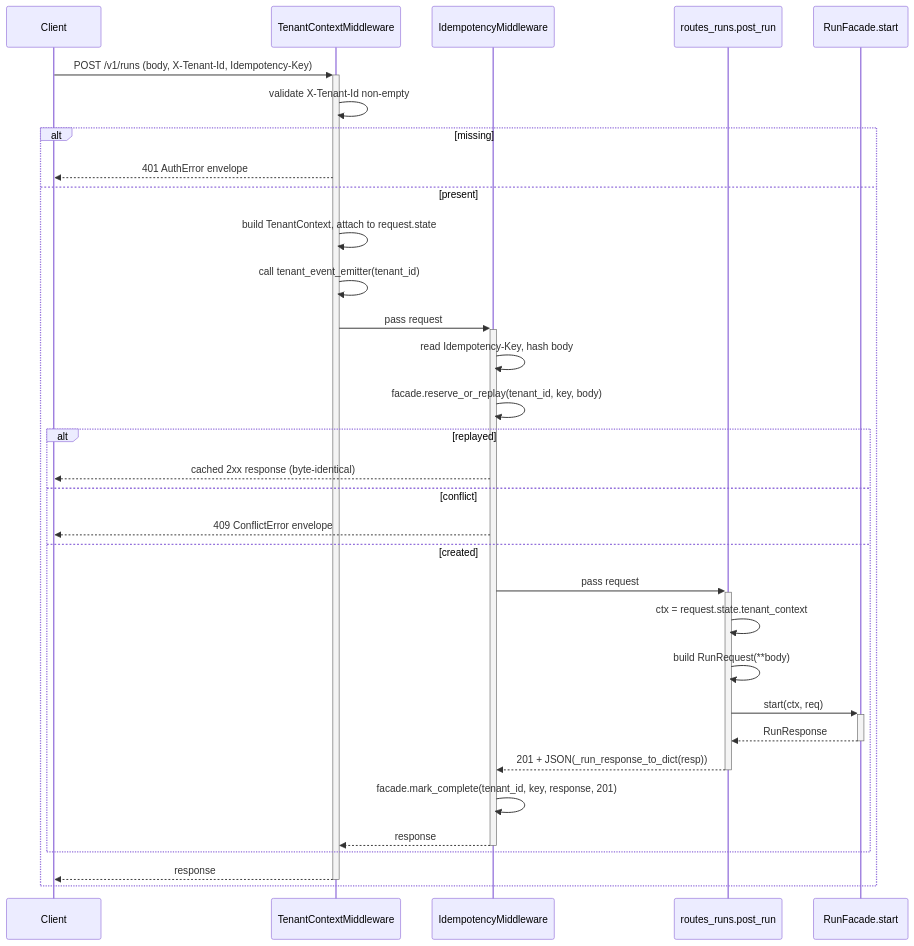
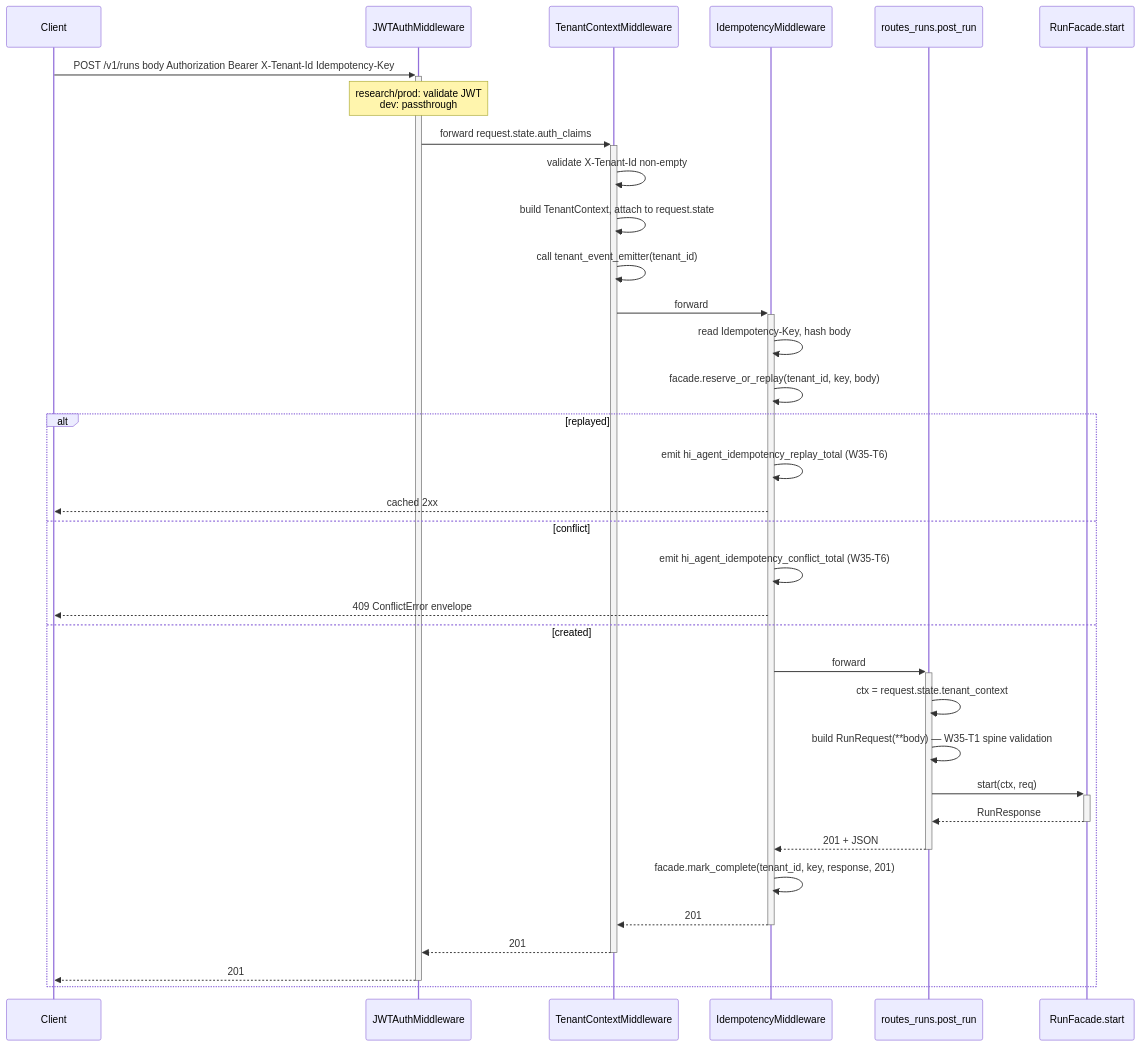
The second of 3 diagrams in agent_server/api/ARCHITECTURE.md (chaosxingxc-orion/hi-agent), drawn with Mermaid before and after one commit. The commit also changed other lines of this file and 9 other files, not shown here.

````diff
--- a/agent_server/api/ARCHITECTURE.md
+++ b/agent_server/api/ARCHITECTURE.md
@@ -145,35 +119,37 @@
 ```mermaid
 sequenceDiagram
     participant Client
+    participant JWT as JWTAuthMiddleware
     participant Tenant as TenantContextMiddleware
     participant Idem as IdempotencyMiddleware
     participant Route as routes_runs.post_run
     participant Facade as RunFacade.start
 
-    Client->>+Tenant: POST /v1/runs (body, X-Tenant-Id, Idempotency-Key)
+    Client->>+JWT: POST /v1/runs body Authorization Bearer X-Tenant-Id Idempotency-Key
+    Note over JWT: research/prod: validate JWT<br/>dev: passthrough
+    JWT->>+Tenant: forward request.state.auth_claims
     Tenant->>Tenant: validate X-Tenant-Id non-empty
-    alt missing
-        Tenant-->>Client: 401 AuthError envelope
-    else present
-        Tenant->>Tenant: build TenantContext, attach to request.state
-        Tenant->>Tenant: call tenant_event_emitter(tenant_id)
-        Tenant->>+Idem: pass request
-        Idem->>Idem: read Idempotency-Key, hash body
-        Idem->>Idem: facade.reserve_or_replay(tenant_id, key, body)
-        alt replayed
-            Idem-->>Client: cached 2xx response (byte-identical)
-        else conflict
-            Idem-->>Client: 409 ConflictError envelope
-        else created
-            Idem->>+Route: pass request
-            Route->>Route: ctx = request.state.tenant_context
-            Route->>Route: build RunRequest(**body)
-            Route->>+Facade: start(ctx, req)
-            Facade-->>-Route: RunResponse
-            Route-->>-Idem: 201 + JSON(_run_response_to_dict(resp))
-            Idem->>Idem: facade.mark_complete(tenant_id, key, response, 201)
-            Idem-->>-Tenant: response
-        end
-        Tenant-->>-Client: response
+    Tenant->>Tenant: build TenantContext, attach to request.state
+    Tenant->>Tenant: call tenant_event_emitter(tenant_id)
+    Tenant->>+Idem: forward
+    Idem->>Idem: read Idempotency-Key, hash body
+    Idem->>Idem: facade.reserve_or_replay(tenant_id, key, body)
+    alt replayed
+        Idem->>Idem: emit hi_agent_idempotency_replay_total (W35-T6)
+        Idem-->>Client: cached 2xx
+    else conflict
+        Idem->>Idem: emit hi_agent_idempotency_conflict_total (W35-T6)
+        Idem-->>Client: 409 ConflictError envelope
+    else created
+        Idem->>+Route: forward
+        Route->>Route: ctx = request.state.tenant_context
+        Route->>Route: build RunRequest(**body) — W35-T1 spine validation
+        Route->>+Facade: start(ctx, req)
+        Facade-->>-Route: RunResponse
+        Route-->>-Idem: 201 + JSON
+        Idem->>Idem: facade.mark_complete(tenant_id, key, response, 201)
+        Idem-->>-Tenant: 201
+        Tenant-->>-JWT: 201
+        JWT-->>-Client: 201
     end
 ```
````
